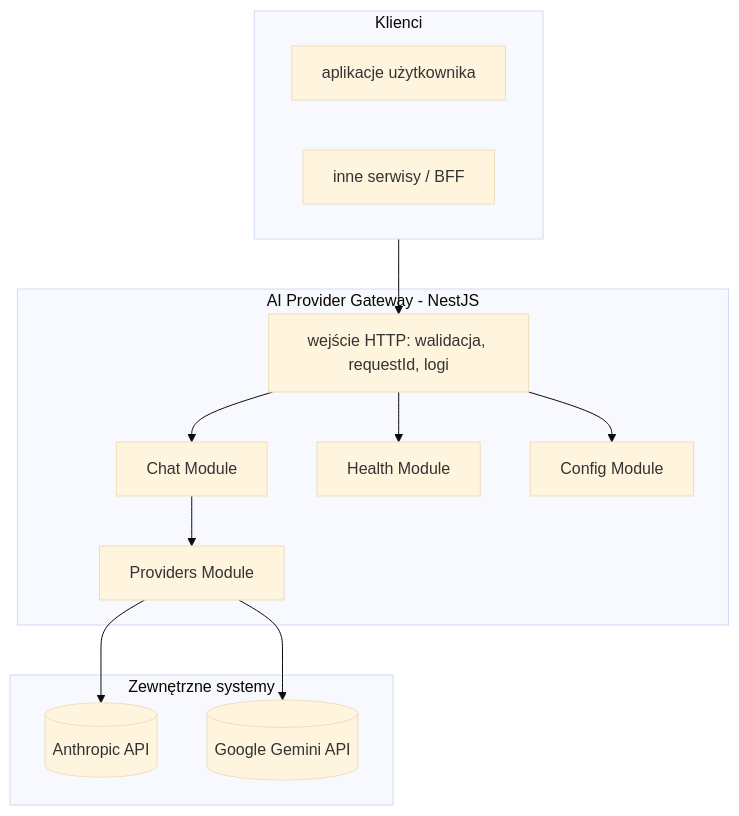
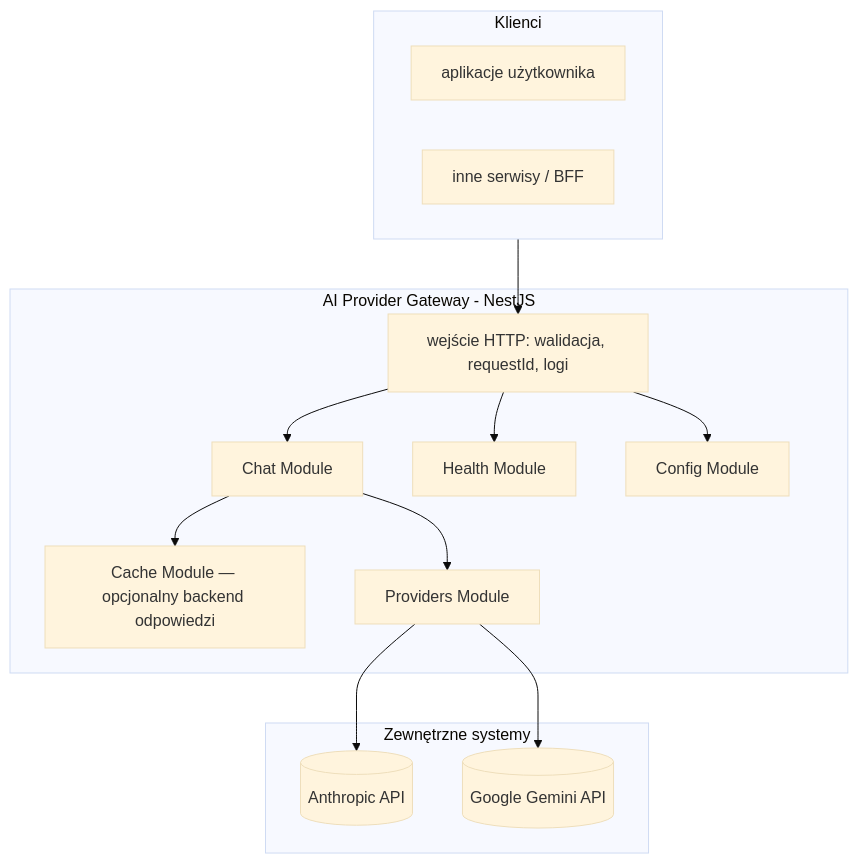
The diagram in docs/architektura.md (matej2314/ai-provider-gateway), drawn with Mermaid (base theme) before and after one commit. The commit also changed other lines of this file and 17 other files, not shown here.

````diff
--- a/docs/architektura.md
+++ b/docs/architektura.md
@@ -9,28 +9,30 @@
 ```mermaid
 flowchart TB
   subgraph clients [Klienci]
     app[aplikacje użytkownika]
     other[inne serwisy / BFF]
   end
 
   subgraph gw [AI Provider Gateway - NestJS]
     http[wejście HTTP: walidacja, requestId, logi]
     chat[Chat Module]
+    cache[Cache Module — opcjonalny backend odpowiedzi]
     providers[Providers Module]
     health[Health Module]
     config[Config Module]
   end
 
   subgraph external [Zewnętrzne systemy]
     anthropic[(Anthropic API)]
     google[(Google Gemini API)]
   end
 
   clients --> http
   http --> chat
+  chat --> cache
   chat --> providers
   http --> health
   http --> config
   providers --> anthropic
   providers --> google
 ```
````
